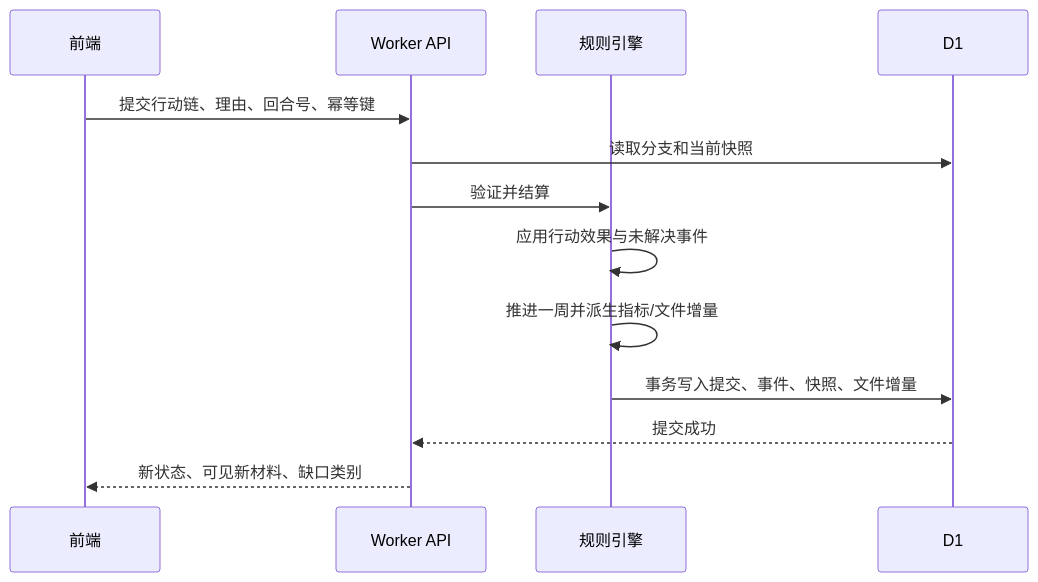
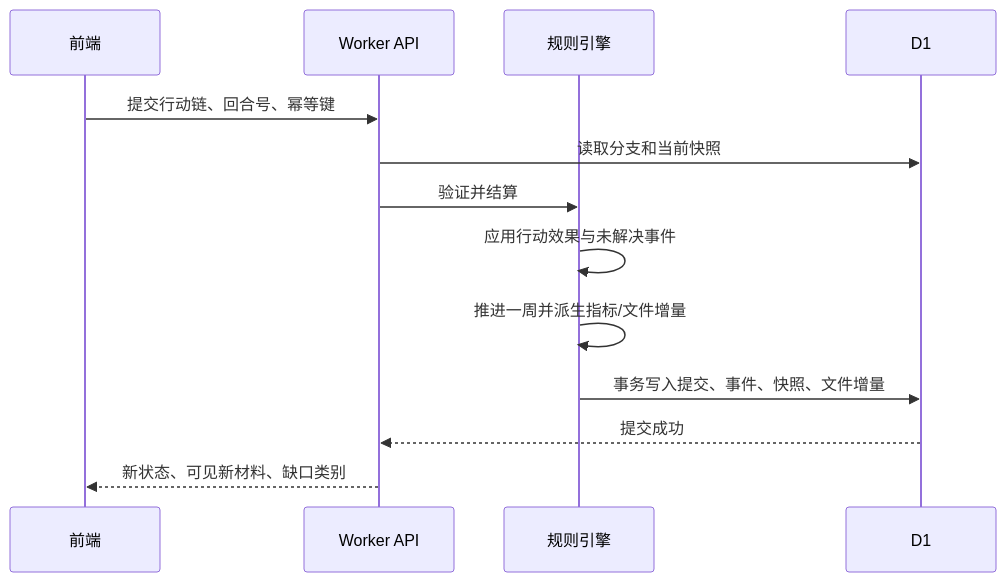
One commit to Iman-GGG/PM-Atlas changed the second of 2 diagrams in specs/项目实验室MVP-技术方案-v0.1.md. Above: the diagram before and after it, drawn with Mermaid. The commit also changed other lines of this file and 14 other files, not shown here.

````diff
--- a/specs/项目实验室MVP-技术方案-v0.1.md
+++ b/specs/项目实验室MVP-技术方案-v0.1.md
@@ -249,16 +249,16 @@
 ```mermaid
 sequenceDiagram
   participant UI as 前端
   participant API as Worker API
   participant Engine as 规则引擎
   participant DB as D1
 
-  UI->>API: 提交行动链、理由、回合号、幂等键
+  UI->>API: 提交行动链、回合号、幂等键
   API->>DB: 读取分支和当前快照
   API->>Engine: 验证并结算
   Engine->>Engine: 应用行动效果与未解决事件
   Engine->>Engine: 推进一周并派生指标/文件增量
   Engine->>DB: 事务写入提交、事件、快照、文件增量
   DB-->>API: 提交成功
   API-->>UI: 新状态、可见新材料、缺口类别
 ```
````
